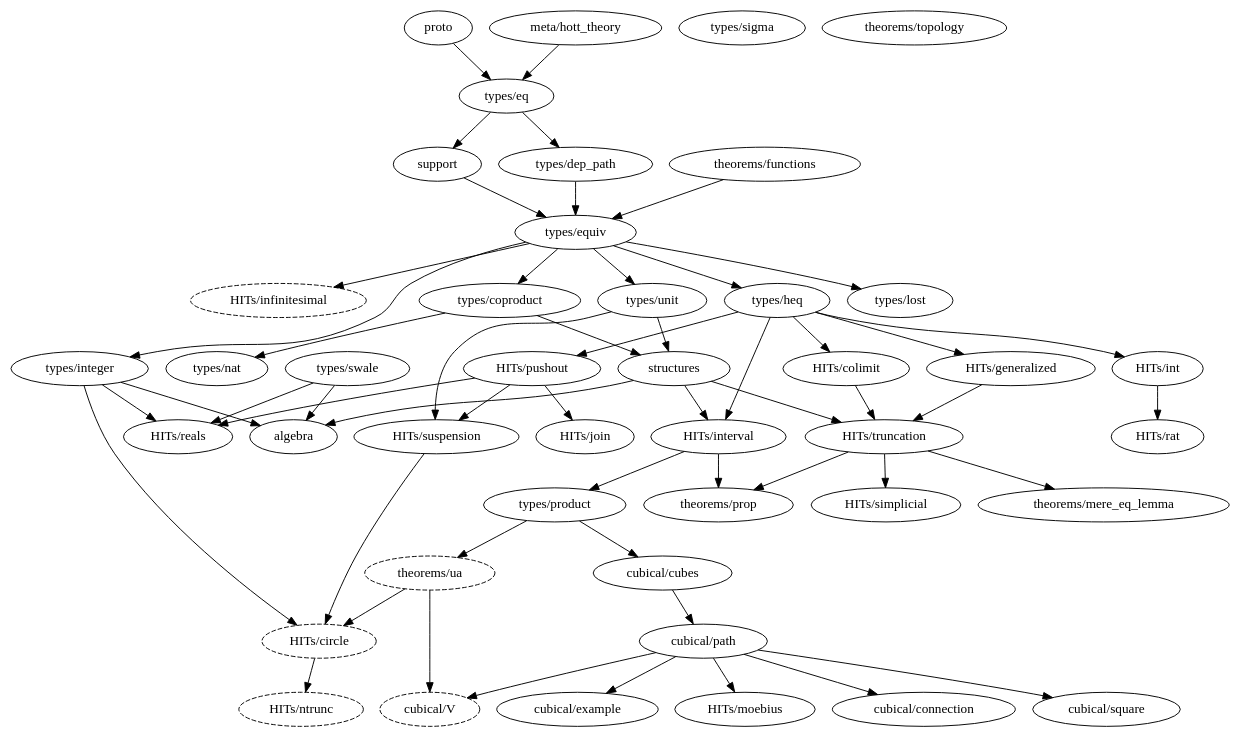
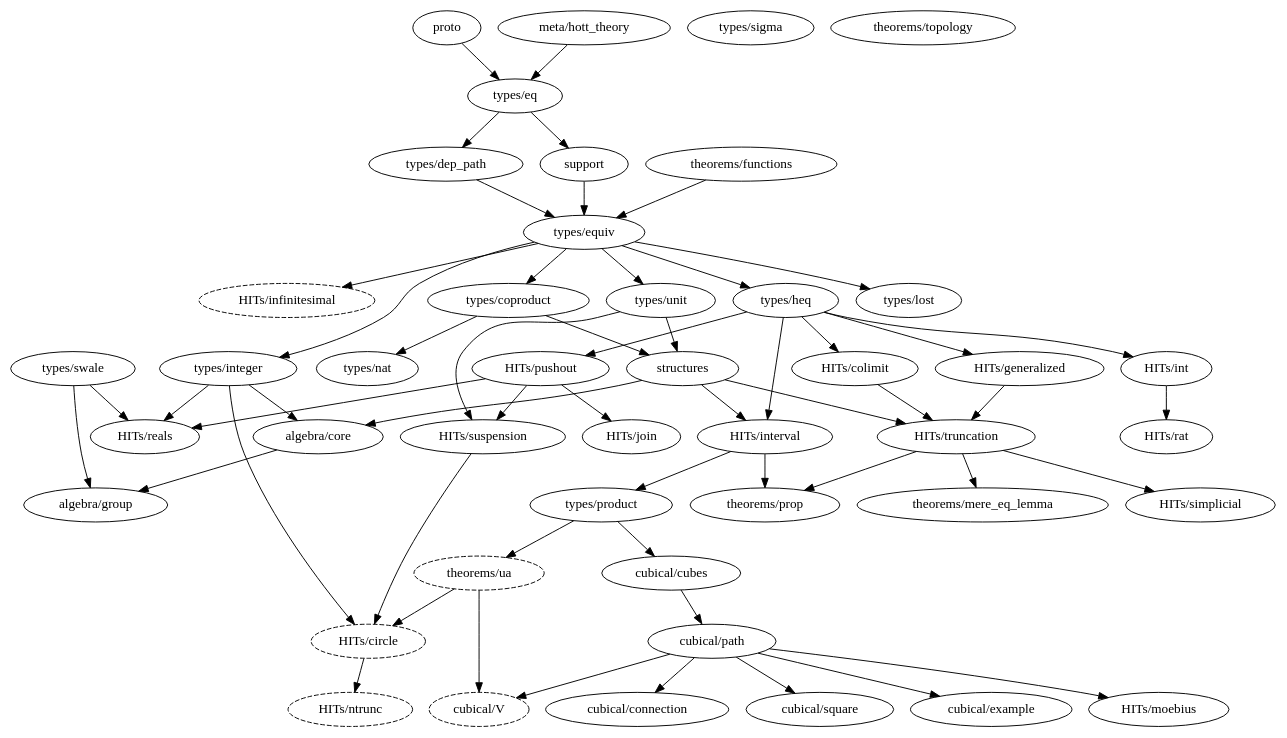
Before and after one commit to forked-from-1kasper/ground_zero: the diagram in dependency_map.gv, drawn with Graphviz. The commit also changed 3 other files, not shown here.

```diff
--- a/dependency_map.gv
+++ b/dependency_map.gv
@@ -1,84 +1,88 @@
 digraph dependency_map {
   proto -> "types/eq"
   "meta/hott_theory" -> "types/eq"
   support -> "types/equiv"
-  structures -> { "HITs/interval", "HITs/truncation", algebra }
+  structures -> { "HITs/interval", "HITs/truncation", "algebra/core" }
 
   subgraph univalence {
     node [style=dashed]
     "HITs/circle"
     "HITs/infinitesimal"
     "HITs/ntrunc"
     "theorems/ua"
     "cubical/V"
+  }
+
+  subgraph algebra {
+    "algebra/core" -> "algebra/group"
   }
 
   subgraph types {
     "types/coproduct" -> { "types/nat", structures }
     "types/dep_path" -> "types/equiv"
     "types/eq" -> { "types/dep_path", support }
     "types/equiv" -> {
       "types/heq",
       "types/integer",
       "HITs/infinitesimal",
       "types/coproduct",
       "types/lost",
       "types/unit"
     }
     "types/heq" -> {
       "HITs/colimit",
       "HITs/generalized",
       "HITs/int",
       "HITs/pushout",
       "HITs/interval"
     }
-    "types/integer" ->  { "HITs/circle", "HITs/reals", algebra }
+    "types/integer" ->  { "HITs/circle", "HITs/reals", "algebra/core" }
     "types/lost"
     "types/nat"
     "types/product" -> { "cubical/cubes", "theorems/ua" }
     "types/sigma"
-    "types/swale" -> { "HITs/reals", algebra }
+    "types/swale" -> { "HITs/reals", "algebra/group" }
     "types/unit" -> { structures, "HITs/suspension" }
   }
 
   subgraph HITs {
     "HITs/circle" -> "HITs/ntrunc"
     "HITs/colimit" -> "HITs/truncation"
     "HITs/generalized" -> "HITs/truncation"
     "HITs/infinitesimal"
     "HITs/int" -> "HITs/rat"
     "HITs/interval" -> { "types/product", "theorems/prop" }
     "HITs/join"
     "HITs/pushout" -> {
       "HITs/join",
       "HITs/reals"
     }
     "HITs/pushout" -> "HITs/suspension"
     "HITs/rat"
     "HITs/reals"
     "HITs/simplicial"
     "HITs/suspension" -> "HITs/circle"
     "HITs/truncation" -> {
       "theorems/mere_eq_lemma",
       "theorems/prop",
       "HITs/simplicial"
     }
   }
 
   subgraph cubical {
     "cubical/path" -> "HITs/moebius"
     "cubical/path" -> "cubical/connection"
     "cubical/cubes" -> "cubical/path"
     "cubical/path" -> "cubical/square"
     "cubical/path" -> "cubical/example"
     "cubical/path" -> "cubical/V"
   }
 
   subgraph theorems {
     "theorems/functions" -> "types/equiv"
     "theorems/mere_eq_lemma"
     "theorems/prop"
     "theorems/topology"
     "theorems/ua" -> { "HITs/circle", "cubical/V" }
   }
 }
```
